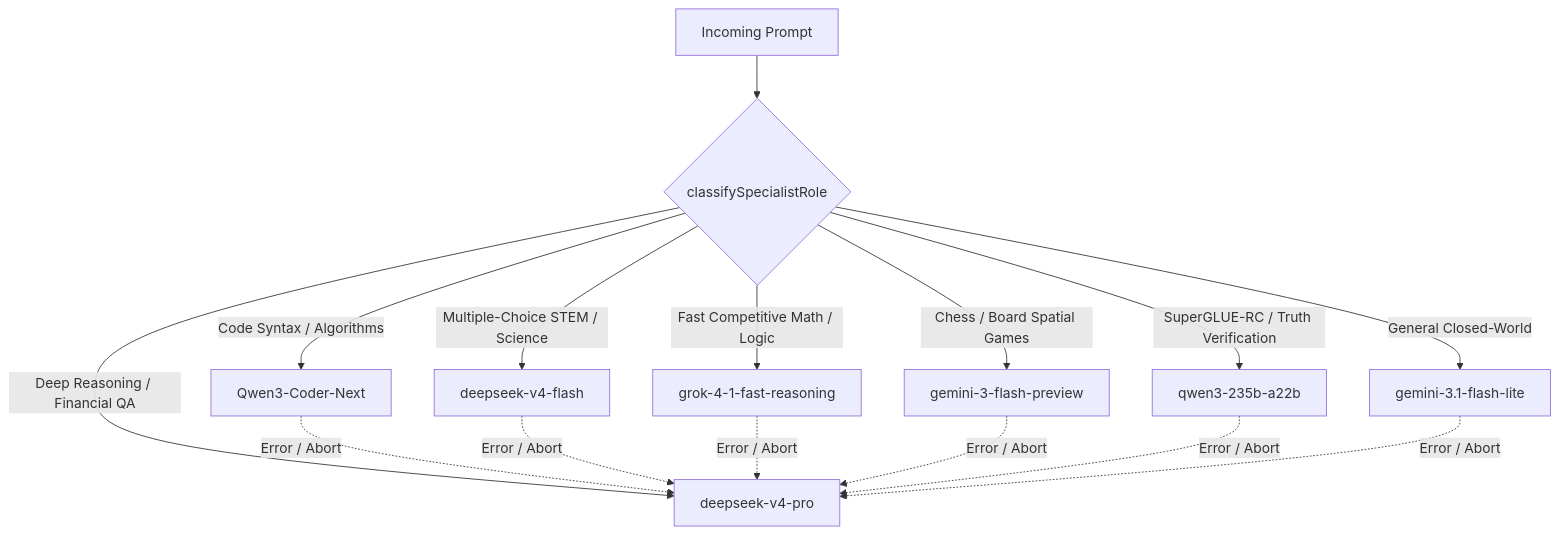
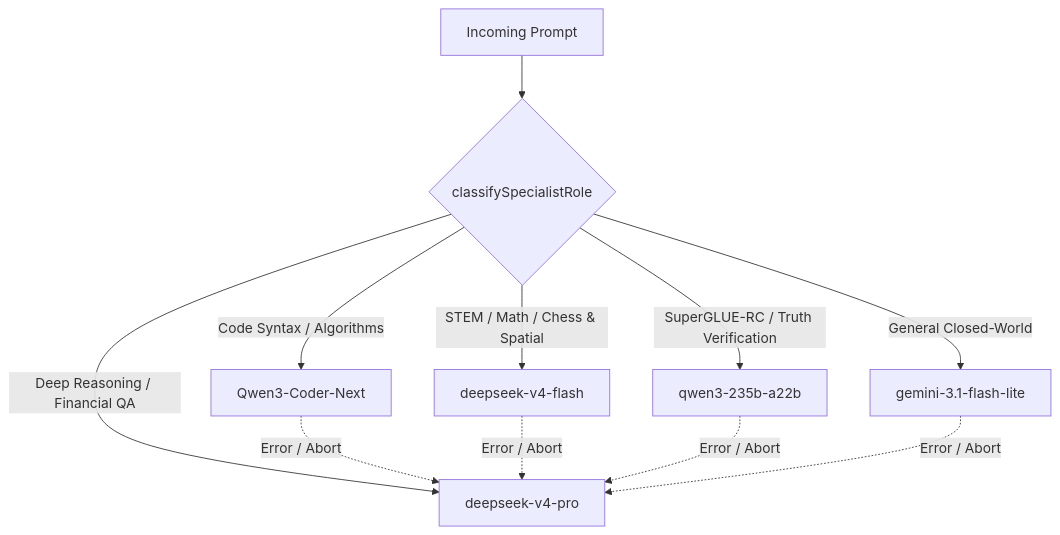
One commit to kruschdev/krusch-cascade-router changed the diagram in README.md. Above: the diagram before and after it, drawn with Mermaid. The commit also changed other lines of this file and 7 other files, not shown here.

````diff
--- a/README.md
+++ b/README.md
@@ -106,17 +106,13 @@
 ```mermaid
 graph TD;
     A[Incoming Prompt] --> CR{classifySpecialistRole};
     CR -- Code Syntax / Algorithms --> C1[Qwen3-Coder-Next];
-    CR -- Multiple-Choice STEM / Science --> C2[deepseek-v4-flash];
-    CR -- Fast Competitive Math / Logic --> C3[grok-4-1-fast-reasoning];
-    CR -- Chess / Board Spatial Games --> C4[gemini-3-flash-preview];
-    CR -- SuperGLUE-RC / Truth Verification --> C5[qwen3-235b-a22b];
-    CR -- General Closed-World --> C6[gemini-3.1-flash-lite];
-    CR -- Deep Reasoning / Financial QA --> C7[deepseek-v4-pro];
-    C1 -. Error / Abort .-> C7;
-    C2 -. Error / Abort .-> C7;
-    C3 -. Error / Abort .-> C7;
-    C4 -. Error / Abort .-> C7;
-    C5 -. Error / Abort .-> C7;
-    C6 -. Error / Abort .-> C7;
+    CR -- STEM / Math / Chess & Spatial --> C2[deepseek-v4-flash];
+    CR -- SuperGLUE-RC / Truth Verification --> C3[qwen3-235b-a22b];
+    CR -- General Closed-World --> C4[gemini-3.1-flash-lite];
+    CR -- Deep Reasoning / Financial QA --> C5[deepseek-v4-pro];
+    C1 -. Error / Abort .-> C5;
+    C2 -. Error / Abort .-> C5;
+    C3 -. Error / Abort .-> C5;
+    C4 -. Error / Abort .-> C5;
 ```
````
